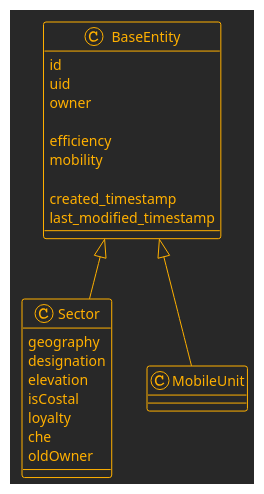
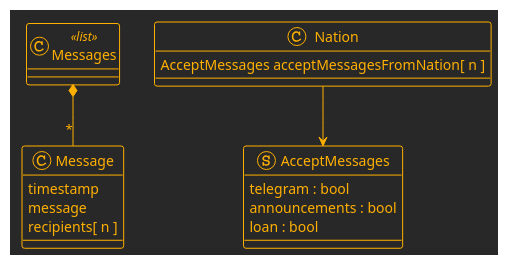
Before and after one commit to marknelsonengineer/empire: the eighth of 8 diagrams in API_DESIGN.md, drawn with PlantUML. The commit also changed other lines of this file and 2 other files, not shown here.

```diff
--- a/API_DESIGN.md
+++ b/API_DESIGN.md
@@ -268,31 +441,27 @@
 @startuml
 !theme crt-amber
 
-class BaseEntity {
-id
-uid
-owner
+class Messages <<list>>
 
-efficiency
-mobility
-
-created_timestamp
-last_modified_timestamp
+class Message {
+timestamp
+message
+recipients[ n ]
 }
 
-class Sector {
-  geography
-  designation
-  elevation
-  isCostal
-  loyalty
-  che
-  oldOwner
+Messages *-- "*" Message
+
+
+class Nation {
+  AcceptMessages acceptMessagesFromNation[ n ]
 }
 
-class MobileUnit {
+struct AcceptMessages {
+  telegram : bool
+  announcements : bool
+  loan : bool
 }
 
-BaseEntity <|-- Sector
-BaseEntity <|-- MobileUnit
+Nation --> AcceptMessages
+
 @enduml
```
